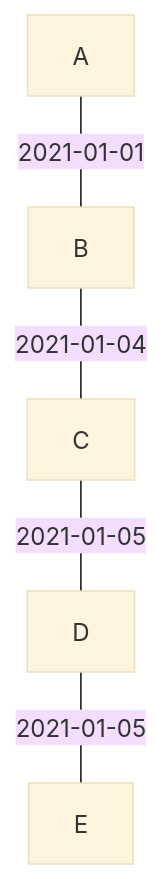
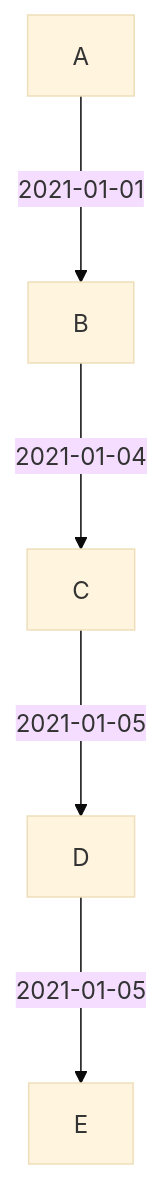
Before and after one commit to jpmmcneill/dbt-graph-theory: the tenth of 13 diagrams in README.md, drawn with Mermaid (base theme). The commit also changed other lines of this file, not shown here.

Commit message:
make ordered graphs obviously ordered

````diff
--- a/README.md
+++ b/README.md
@@ -366,7 +366,7 @@
 ```mermaid
 flowchart
-  A---|2021-01-01|B
-  B---|2021-01-04|C
-  C---|2021-01-05|D
-  D---|2021-01-05|E
+  A--->|2021-01-01|B
+  B--->|2021-01-04|C
+  C--->|2021-01-05|D
+  D--->|2021-01-05|E
 ```
````
